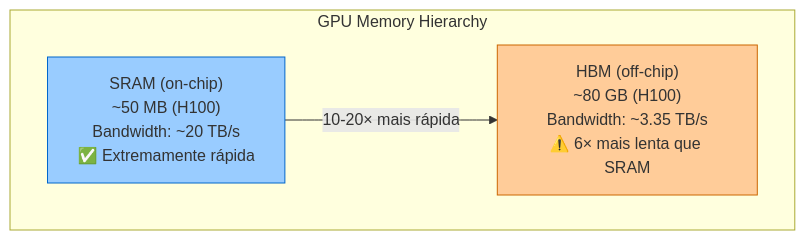
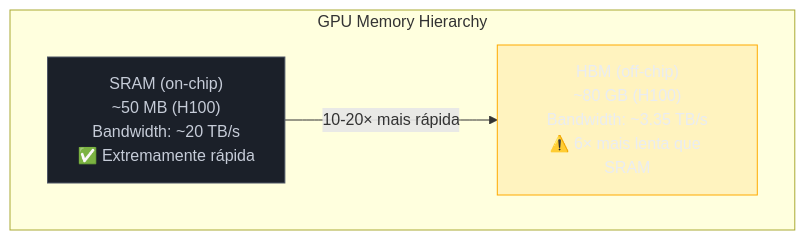
Before and after one commit to josenaldo/codex-technomanticus: the second of 5 diagrams in 03-Dominios/Tecnologia/IA/Anatomia dos LLMs/04c - Atenção eficiente — FlashAttention, sparse e híbrida.md, drawn with Mermaid. The commit also changed other lines of this file and 1181 other files, not shown here.

First line of the commit message:
fix(diagramas): paleta do sistema no lugar de cor cravada no markdown

````diff
--- a/03-Dominios/Tecnologia/IA/Anatomia dos LLMs/04c - Atenção eficiente — FlashAttention, sparse e híbrida.md
+++ b/03-Dominios/Tecnologia/IA/Anatomia dos LLMs/04c - Atenção eficiente — FlashAttention, sparse e híbrida.md
@@ -73,10 +75,12 @@
 ```mermaid
 graph TB
+    classDef neutro fill:#1B2029,stroke:#4E5666,color:#C6CCD8
+    classDef destaque fill:#FFAA0024,stroke:#FFAA00,color:#E9ECF2
     subgraph "GPU Memory Hierarchy"
         SRAM["SRAM (on-chip)\n~50 MB (H100)\nBandwidth: ~20 TB/s\n✅ Extremamente rápida"]
         HBM["HBM (off-chip)\n~80 GB (H100)\nBandwidth: ~3.35 TB/s\n⚠️ 6× mais lenta que SRAM"]
     end
     SRAM -- "10-20× mais rápida" --> HBM
-    style SRAM fill:#99ccff,stroke:#0066cc
-    style HBM fill:#ffcc99,stroke:#cc6600
+    class SRAM neutro
+    class HBM destaque
 ```
````
